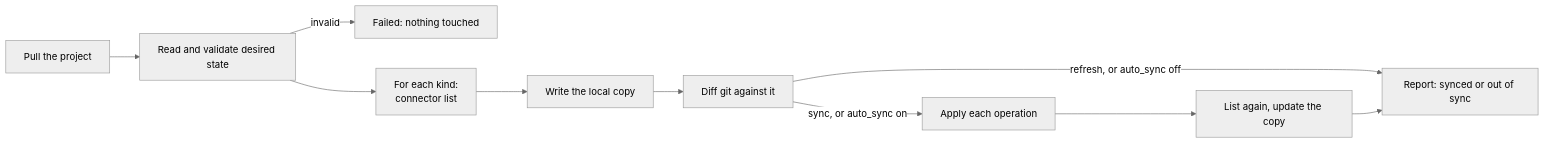
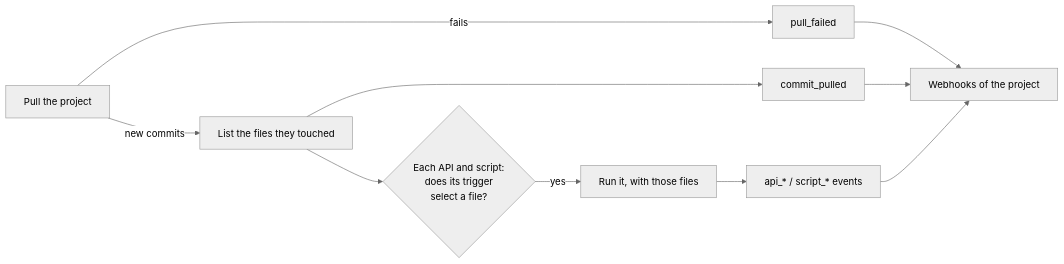
One commit to OpusProjects/unified-gitops changed the diagram in docs/how-it-works.md. Above: the diagram before and after it, drawn with Mermaid (neutral theme). The commit also changed other lines of this file and 21 other files, not shown here.

````diff
--- a/docs/how-it-works.md
+++ b/docs/how-it-works.md
@@ -24,12 +16,10 @@
 ```mermaid
 flowchart LR
-    A[Pull the project] --> B[Read and validate desired state]
-    B -->|invalid| F[Failed: nothing touched]
-    B --> C[For each kind:<br/>connector list]
-    C --> D[Write the local copy]
-    D --> E[Diff git against it]
-    E -->|refresh, or auto_sync off| P[Report: synced or out of sync]
-    E -->|sync, or auto_sync on| G[Apply each operation]
-    G --> H[List again, update the copy]
-    H --> P
+    P[Pull the project] -->|new commits| F[List the files they touched]
+    P -->|fails| W1[pull_failed]
+    F --> W2[commit_pulled]
+    F --> T{Each API and script:<br/>does its trigger<br/>select a file?}
+    T -->|yes| R[Run it, with those files]
+    R --> E[api_* / script_* events]
+    W1 & W2 & E --> H[Webhooks of the project]
 ```
````
